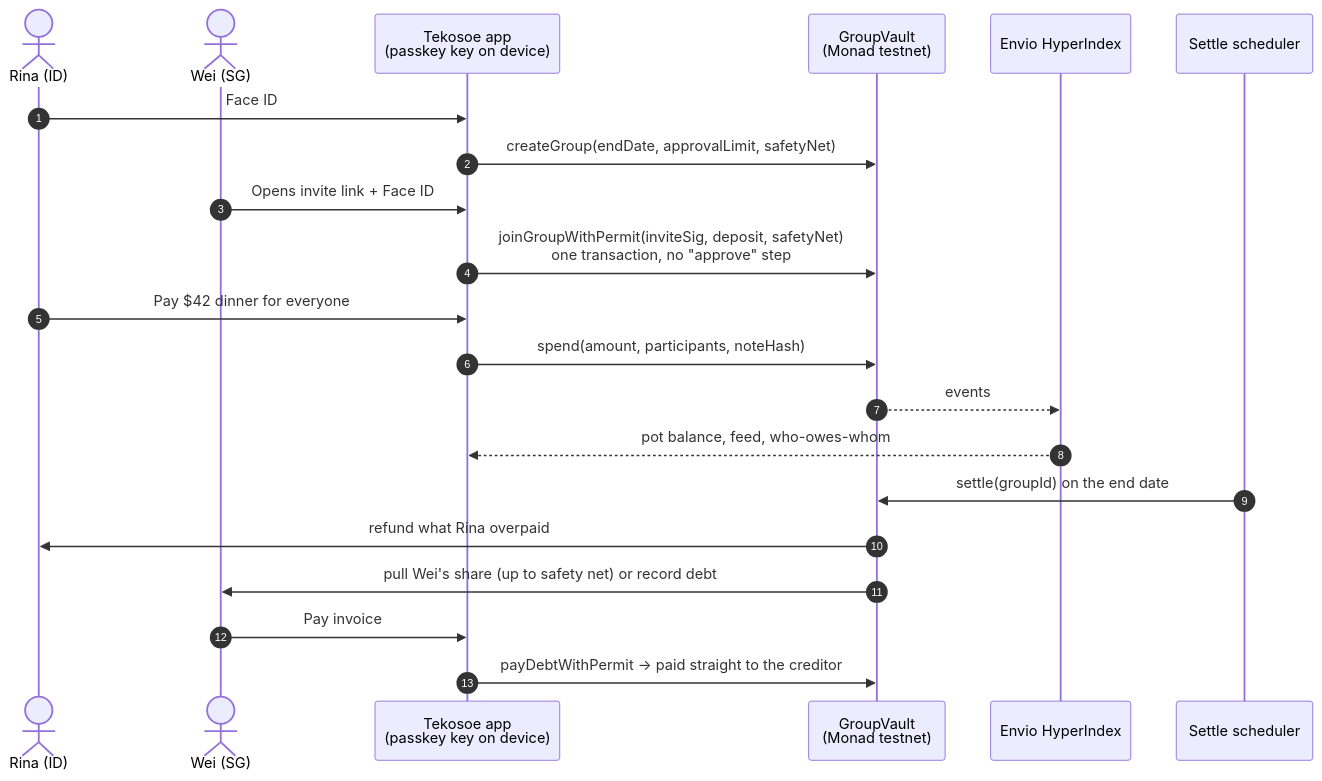
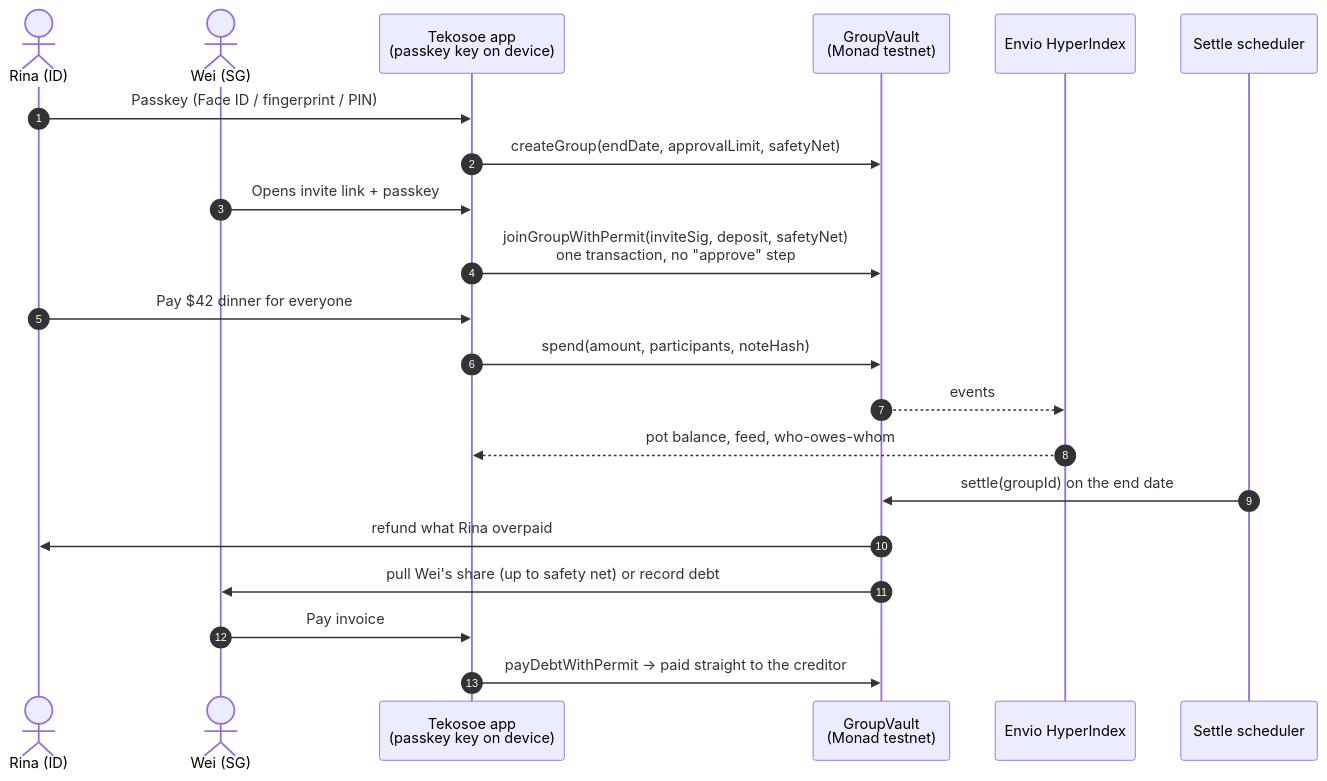
The first of 2 diagrams in README.md (sewunodetech/tekosoe), drawn with Mermaid before and after one commit. The commit also changed other lines of this file and 5 other files, not shown here.

First line of the commit message:
docs: say passkey instead of Face ID in README, banner and web copy

````diff
--- a/README.md
+++ b/README.md
@@ -78,24 +78,24 @@
 ```mermaid
 sequenceDiagram
     autonumber
     actor R as Rina (ID)
     actor W as Wei (SG)
     participant App as Tekosoe app<br/>(passkey key on device)
     participant V as GroupVault<br/>(Monad testnet)
     participant E as Envio HyperIndex
     participant S as Settle scheduler
 
-    R->>App: Face ID
+    R->>App: Passkey (Face ID / fingerprint / PIN)
     App->>V: createGroup(endDate, approvalLimit, safetyNet)
-    W->>App: Opens invite link + Face ID
+    W->>App: Opens invite link + passkey
     App->>V: joinGroupWithPermit(inviteSig, deposit, safetyNet)<br/>one transaction, no "approve" step
     R->>App: Pay $42 dinner for everyone
     App->>V: spend(amount, participants, noteHash)
     V-->>E: events
     E-->>App: pot balance, feed, who-owes-whom
     S->>V: settle(groupId) on the end date
     V->>R: refund what Rina overpaid
     V->>W: pull Wei's share (up to safety net) or record debt
     W->>App: Pay invoice
     App->>V: payDebtWithPermit → paid straight to the creditor
 ```
````
